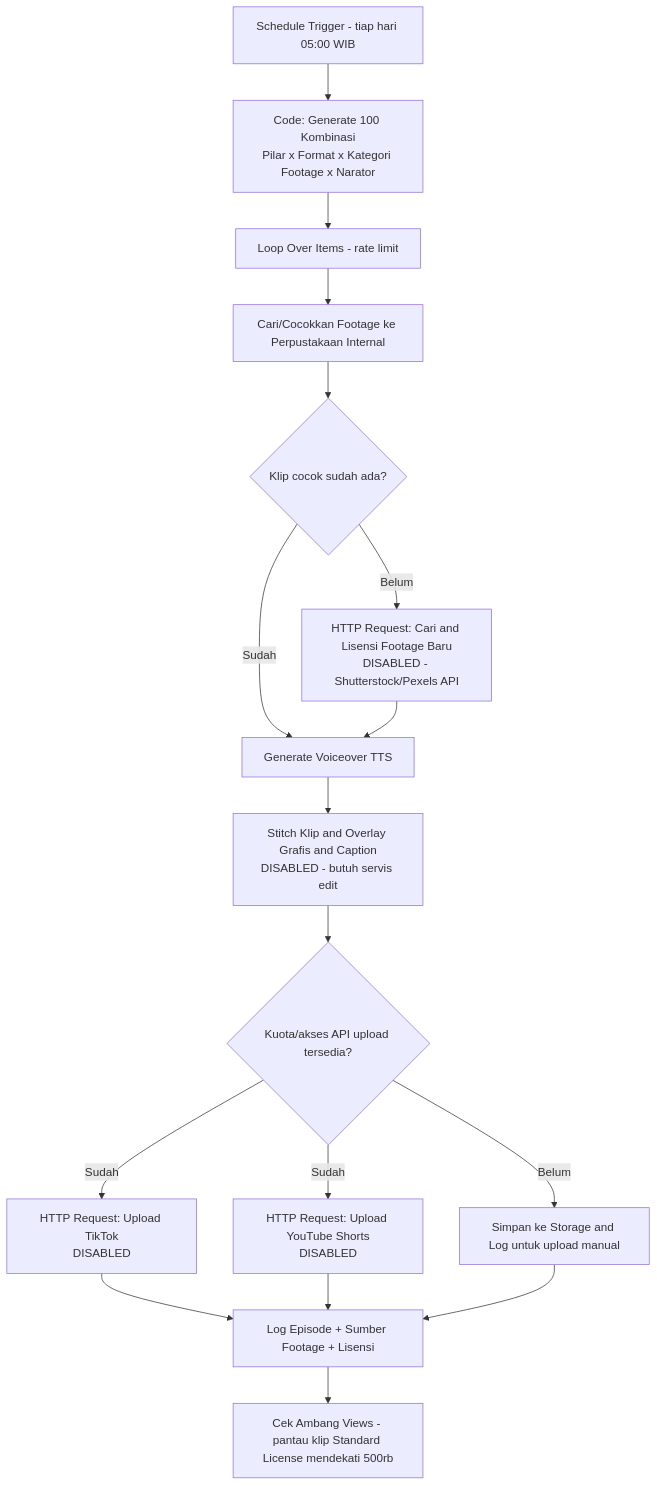
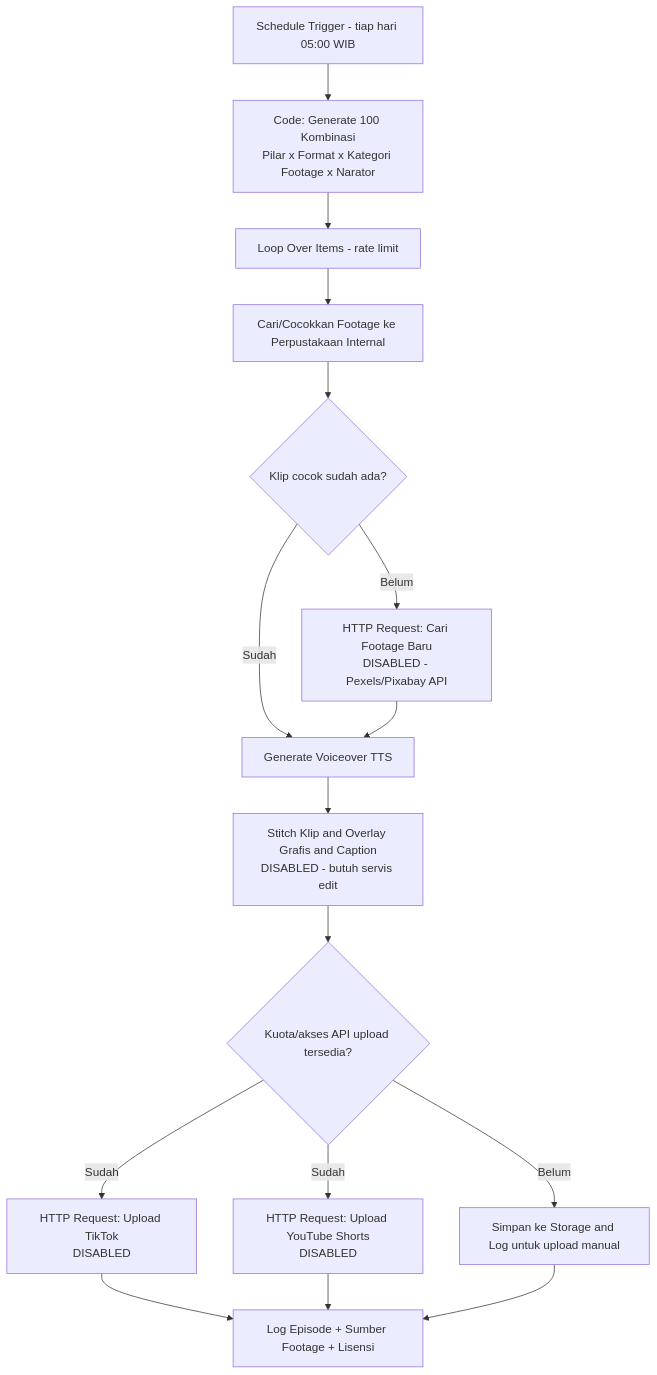
The diagram in automation/n8n-workflow-kopi-sumatra.md (AEROPP/social-media-skills), drawn with Mermaid before and after one commit. The commit also changed other lines of this file and 3 other files, not shown here.

````diff
--- a/automation/n8n-workflow-kopi-sumatra.md
+++ b/automation/n8n-workflow-kopi-sumatra.md
@@ -35,19 +36,18 @@
 ```mermaid
 flowchart TD
     A[Schedule Trigger - tiap hari 05:00 WIB] --> B[Code: Generate 100 Kombinasi<br/>Pilar x Format x Kategori Footage x Narator]
     B --> C[Loop Over Items - rate limit]
     C --> D[Cari/Cocokkan Footage ke Perpustakaan Internal]
     D --> E{Klip cocok sudah ada?}
-    E -- Belum --> F[HTTP Request: Cari and Lisensi Footage Baru<br/>DISABLED - Shutterstock/Pexels API]
+    E -- Belum --> F[HTTP Request: Cari Footage Baru<br/>DISABLED - Pexels/Pixabay API]
     E -- Sudah --> G[Generate Voiceover TTS]
     F --> G
     G --> H[Stitch Klip and Overlay Grafis and Caption<br/>DISABLED - butuh servis edit]
     H --> I{Kuota/akses API upload tersedia?}
     I -- Belum --> J[Simpan ke Storage and Log untuk upload manual]
     I -- Sudah --> K[HTTP Request: Upload TikTok<br/>DISABLED]
     I -- Sudah --> L[HTTP Request: Upload YouTube Shorts<br/>DISABLED]
     K --> M[Log Episode + Sumber Footage + Lisensi]
     L --> M
     J --> M
-    M --> N[Cek Ambang Views - pantau klip Standard License mendekati 500rb]
 ```
````
